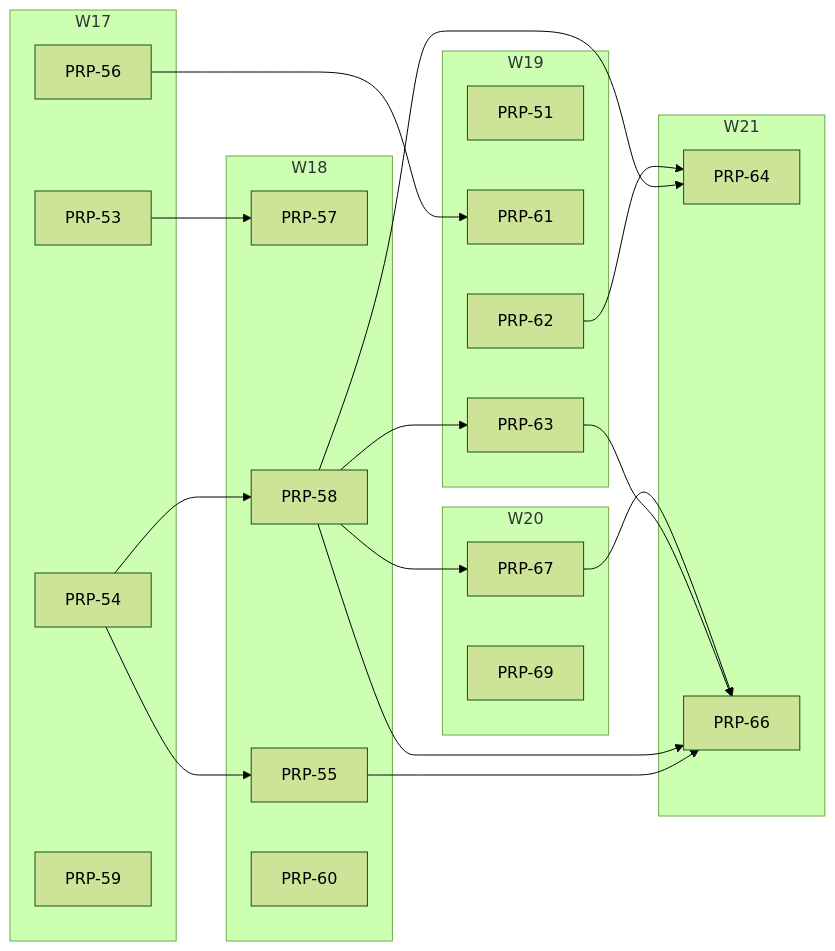
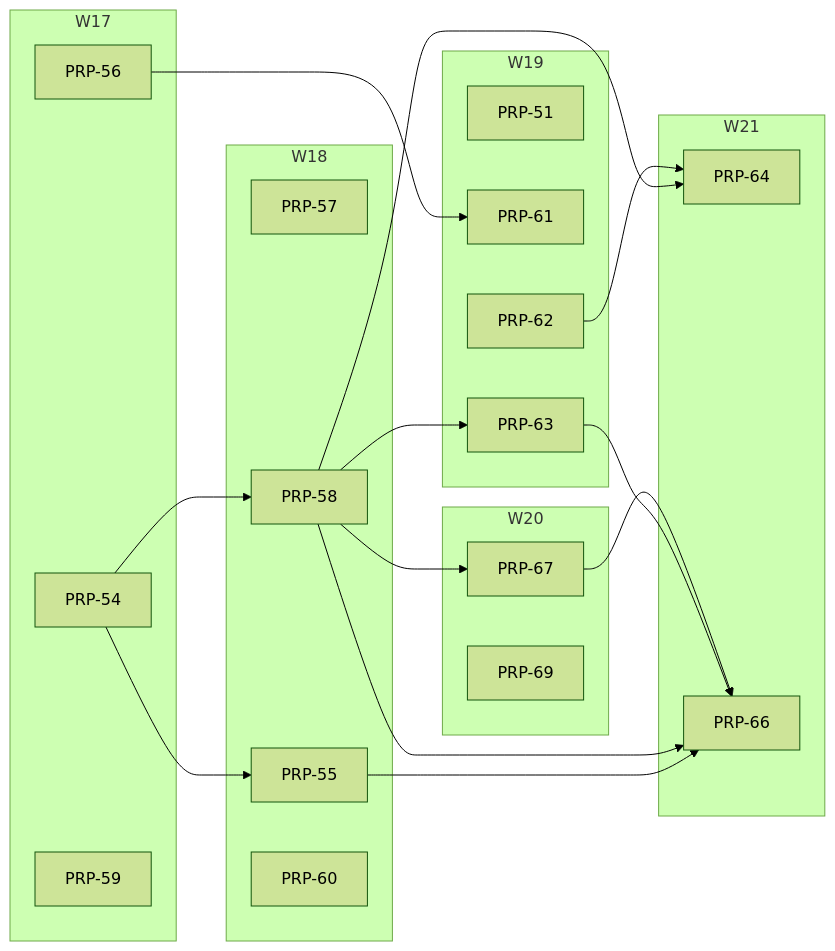
The diagram in PRPs/EXECUTION-PLAN.md (fgarofalo56/neurosphere), drawn with Mermaid (forest theme) before and after one commit. The commit also changed other lines of this file and 4 other files, not shown here.

````diff
--- a/PRPs/EXECUTION-PLAN.md
+++ b/PRPs/EXECUTION-PLAN.md
@@ -108,41 +107,39 @@
 ```mermaid
 flowchart LR
   subgraph W17
-    P53["PRP-53"]
     P54["PRP-54"]
     P56["PRP-56"]
     P59["PRP-59"]
   end
   subgraph W18
     P57["PRP-57"]
     P55["PRP-55"]
     P58["PRP-58"]
     P60["PRP-60"]
   end
   subgraph W19
     P51["PRP-51"]
     P61["PRP-61"]
     P62["PRP-62"]
     P63["PRP-63"]
   end
   subgraph W20
     P67["PRP-67"]
     P69["PRP-69"]
   end
   subgraph W21
     P64["PRP-64"]
     P66["PRP-66"]
   end
   P54 --> P55
-  P53 --> P57
   P54 --> P58
   P56 --> P61
   P58 --> P63
   P58 --> P64
   P62 --> P64
   P55 --> P66
   P58 --> P66
   P63 --> P66
   P67 --> P66
   P58 --> P67
 ```
````
